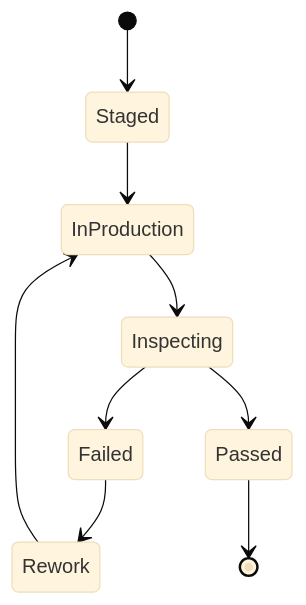
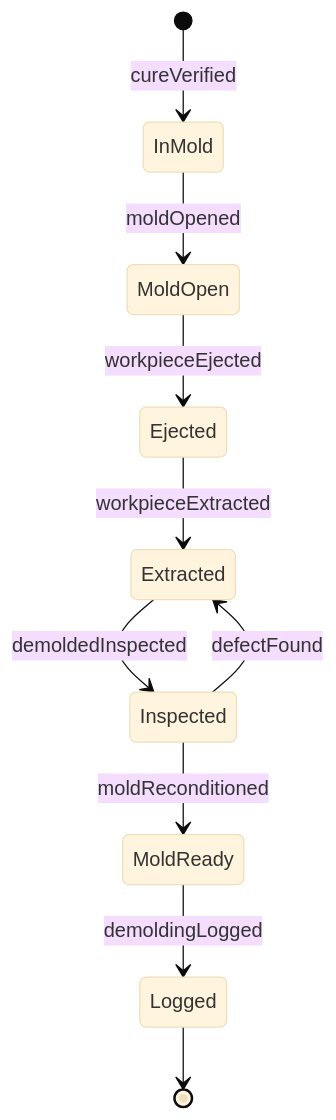
Before and after one commit to dot-org-ai/tasks.org.ai: the second of 4 diagrams in HandlingAndMovingObjects/RemoveWorkpiecesFromProductionEquipment/RemoveWorkpiecesMolds.mdx, drawn with Mermaid (base theme). The commit also changed other lines of this file and 515 other files, not shown here.

````diff
--- a/HandlingAndMovingObjects/RemoveWorkpiecesFromProductionEquipment/RemoveWorkpiecesMolds.mdx
+++ b/HandlingAndMovingObjects/RemoveWorkpiecesFromProductionEquipment/RemoveWorkpiecesMolds.mdx
@@ -99,11 +99,12 @@
 ```mermaid
 stateDiagram-v2
-    [*] --> Staged
-    Staged --> InProduction
-    InProduction --> Inspecting
-    Inspecting --> Failed
-    Failed --> Rework
-    Rework --> InProduction
-    Inspecting --> Passed
-    Passed --> [*]
+    [*] --> InMold : cureVerified
+    InMold --> MoldOpen : moldOpened
+    MoldOpen --> Ejected : workpieceEjected
+    Ejected --> Extracted : workpieceExtracted
+    Extracted --> Inspected : demoldedInspected
+    Inspected --> MoldReady : moldReconditioned
+    Inspected --> Extracted : defectFound
+    MoldReady --> Logged : demoldingLogged
+    Logged --> [*]
 ```
````
